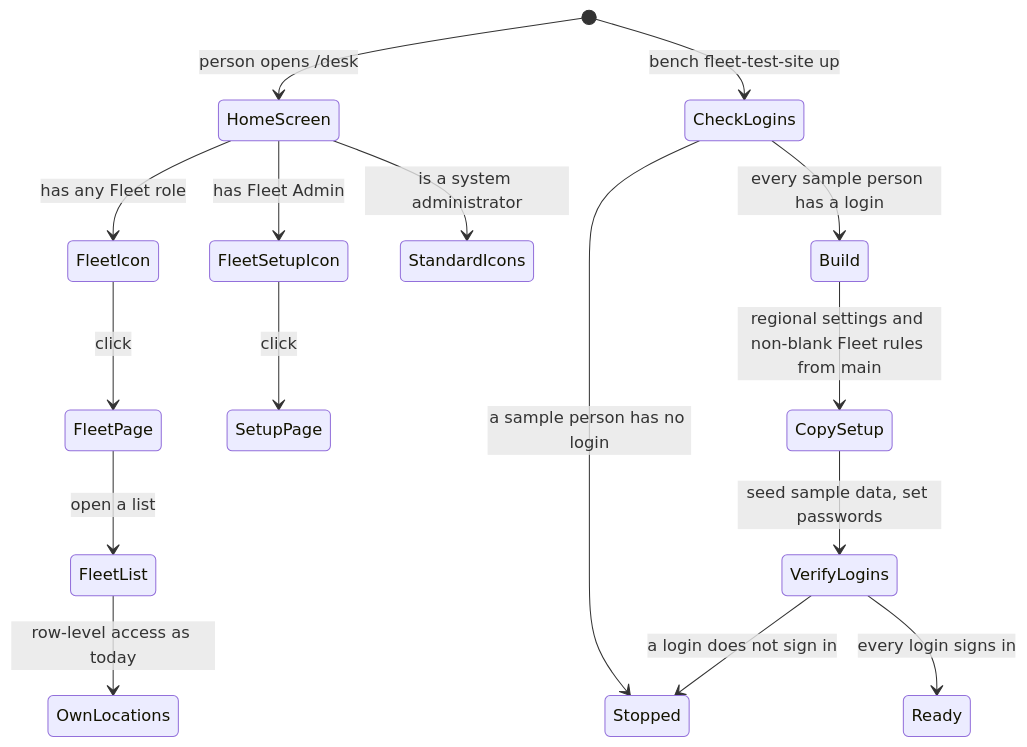
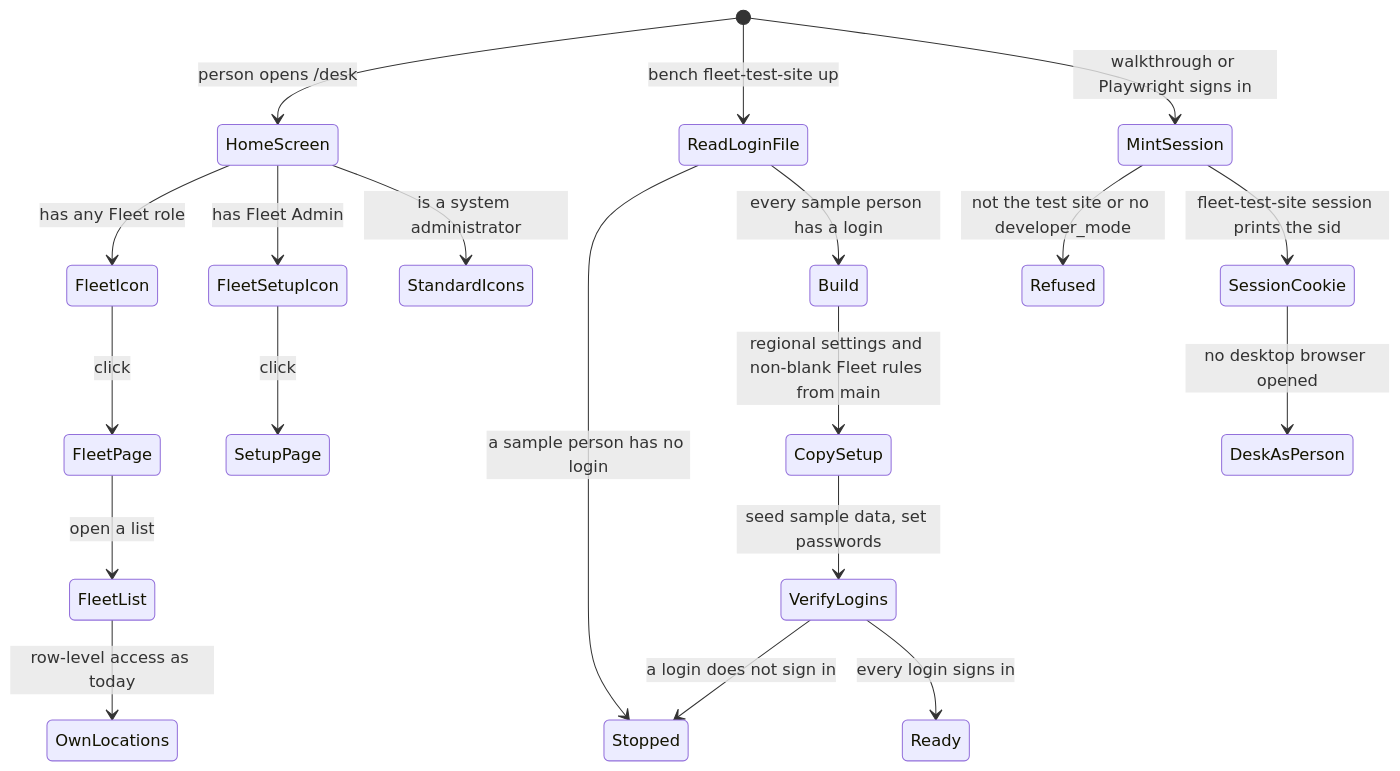
Before and after one commit to BrianKipngetich1/fleet_management: the diagram in specs/005-fleet-desk-page/design.md, drawn with Mermaid. The commit also changed other lines of this file and 3 other files, not shown here.

Commit message:
docs(specs): add the one login file and walkthrough sign-in to the Fleet home page fix

````diff
--- a/specs/005-fleet-desk-page/design.md
+++ b/specs/005-fleet-desk-page/design.md
@@ -80,18 +139,22 @@
 ```mermaid
 stateDiagram-v2
     [*] --> HomeScreen: person opens /desk
     HomeScreen --> FleetIcon: has any Fleet role
     HomeScreen --> FleetSetupIcon: has Fleet Admin
     HomeScreen --> StandardIcons: is a system administrator
     FleetIcon --> FleetPage: click
     FleetPage --> FleetList: open a list
     FleetList --> OwnLocations: row-level access as today
     FleetSetupIcon --> SetupPage: click
-    [*] --> CheckLogins: bench fleet-test-site up
-    CheckLogins --> Stopped: a sample person has no login
-    CheckLogins --> Build: every sample person has a login
+    [*] --> ReadLoginFile: bench fleet-test-site up
+    ReadLoginFile --> Stopped: a sample person has no login
+    ReadLoginFile --> Build: every sample person has a login
     Build --> CopySetup: regional settings and non-blank Fleet rules from main
     CopySetup --> VerifyLogins: seed sample data, set passwords
     VerifyLogins --> Stopped: a login does not sign in
     VerifyLogins --> Ready: every login signs in
+    [*] --> MintSession: walkthrough or Playwright signs in
+    MintSession --> Refused: not the test site or no developer_mode
+    MintSession --> SessionCookie: fleet-test-site session prints the sid
+    SessionCookie --> DeskAsPerson: no desktop browser opened
 ```
````
